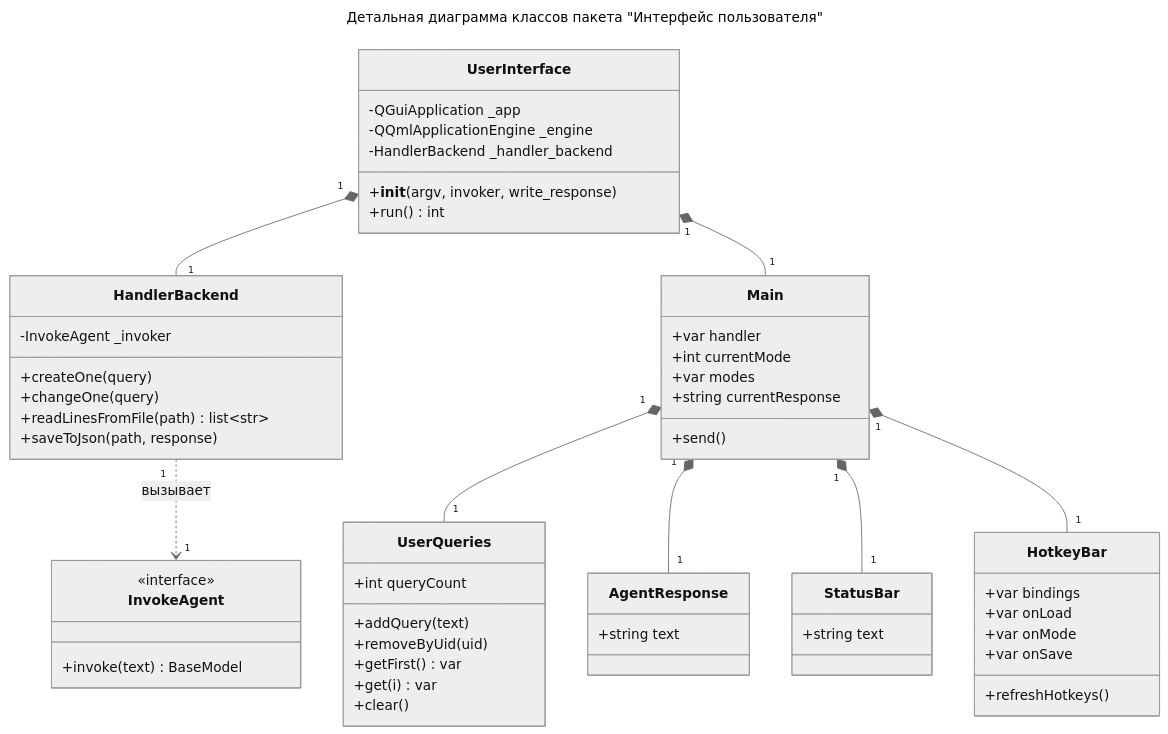
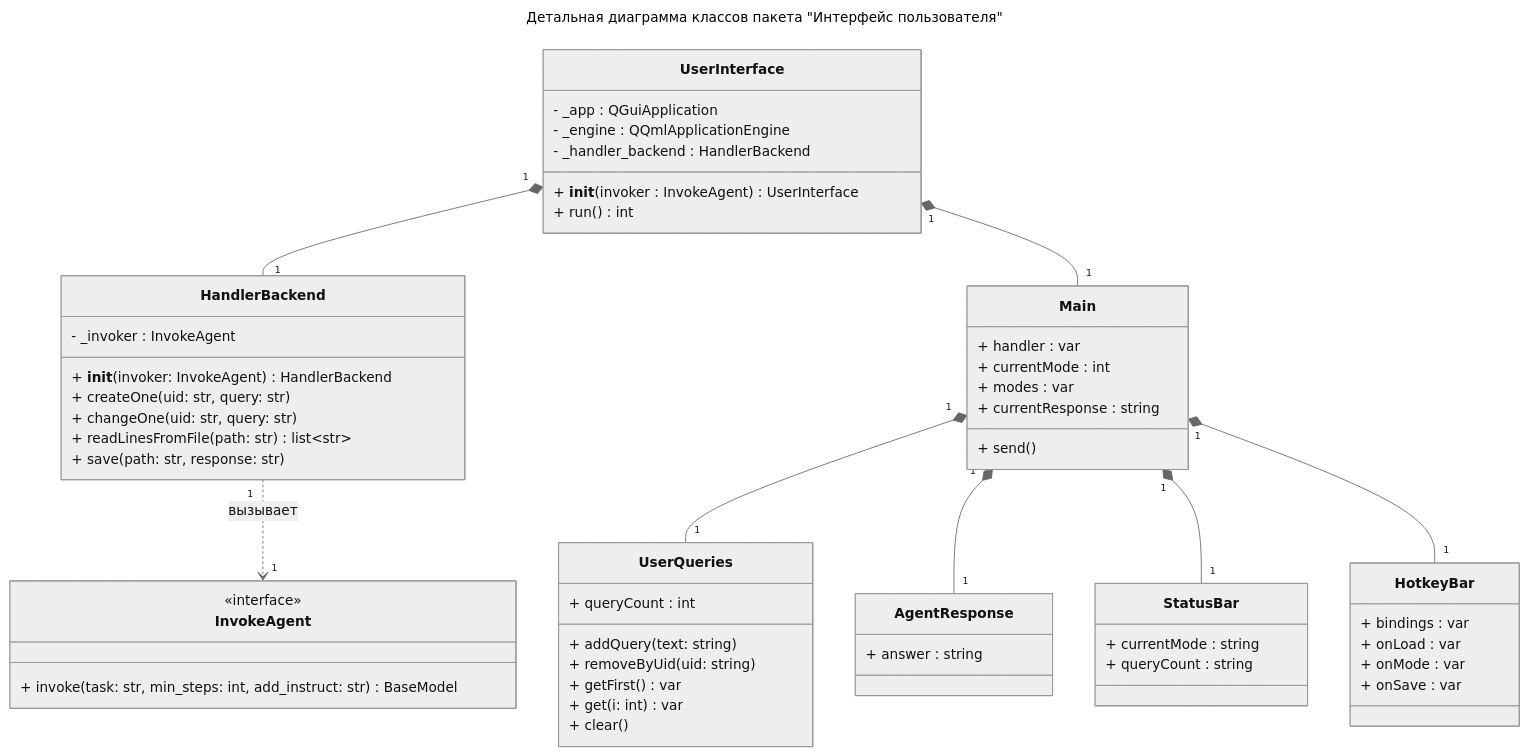
The diagram in Пакет Интерфейс пользователя/4. Детальная диаграмма классов.md (CHSU-scenarAIst/diagrammy), drawn with Mermaid (neutral theme) before and after one commit. The commit also changed other lines of this file and 7 other files, not shown here.

````diff
--- a/Пакет Интерфейс пользователя/4. Детальная диаграмма классов.md
+++ b/Пакет Интерфейс пользователя/4. Детальная диаграмма классов.md
@@ -29,68 +29,69 @@
 ```mermaid
 ---
 title: Детальная диаграмма классов пакета "Интерфейс пользователя"
 ---
 classDiagram
     class UserInterface {
-        -QGuiApplication _app
-        -QQmlApplicationEngine _engine
-        -HandlerBackend _handler_backend
-        +__init__(argv, invoker, write_response)
-        +run() int
+        - _app : QGuiApplication
+        - _engine : QQmlApplicationEngine
+        - _handler_backend : HandlerBackend
+        + __init__(invoker : InvokeAgent) UserInterface
+        + run() int
     }
 
     class HandlerBackend {
-        -InvokeAgent _invoker
-        +createOne(query)
-        +changeOne(query)
-        +readLinesFromFile(path) list~str~
-        +saveToJson(path, response)
+        - _invoker : InvokeAgent
+        + __init__(invoker: InvokeAgent) HandlerBackend
+        + createOne(uid: str, query: str)
+        + changeOne(uid: str, query: str)
+        + readLinesFromFile(path: str) list~str~
+        + save(path: str, response: str)
     }
 
     class InvokeAgent {
         <<interface>>
-        +invoke(text) BaseModel
+        + invoke(task: str, min_steps: int, add_instruct: str) BaseModel
     }
 
     class Main {
-        +var handler
-        +int currentMode
-        +var modes
-        +string currentResponse
-        +send()
+        + handler : var
+        + currentMode : int
+        + modes : var
+        + currentResponse : string
+        + send()
     }
 
     class StatusBar {
-        +string text
+        + currentMode : string
+        + queryCount : string
     }
 
     class AgentResponse {
-        +string text
+        + answer : string
     }
 
     class UserQueries {
-        +int queryCount
-        +addQuery(text)
-        +removeByUid(uid)
-        +getFirst() var
-        +get(i) var
-        +clear()
+        + queryCount : int
+        + addQuery(text: string)
+        + removeByUid(uid: string)
+        + getFirst() var
+        + get(i: int) var
+        + clear()
     }
 
     class HotkeyBar {
-        +var bindings
-        +var onLoad
-        +var onMode
-        +var onSave
-        +refreshHotkeys()
+        + bindings : var
+        + onLoad : var
+        + onMode : var
+        + onSave : var
     }
 
     UserInterface "1" *-- "1" HandlerBackend 
     UserInterface "1" *-- "1" Main
     HandlerBackend "1" ..> "1" InvokeAgent : вызывает
 
     Main "1" *-- "1" UserQueries 
     Main "1" *-- "1" AgentResponse 
     Main "1" *-- "1" StatusBar 
     Main "1" *-- "1" HotkeyBar 
 ```
````
